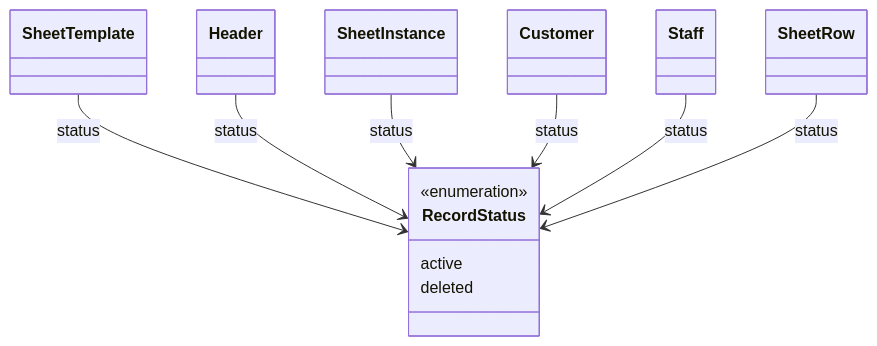
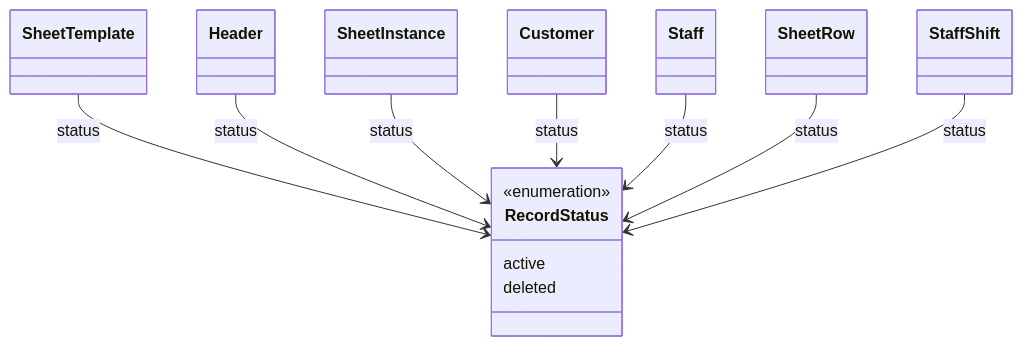
One commit to MinamiyamaKotaro/m3_pad changed the diagram in docs/design/lib/src/features/voucher/domain/entities/enums/record_status.md. Above: the diagram before and after it, drawn with Mermaid. The commit also changed other lines of this file and 35 other files, not shown here.

First line of the commit message:
Reflect payment method, staff shift, and daily summary specs into design docs

````diff
--- a/docs/design/lib/src/features/voucher/domain/entities/enums/record_status.md
+++ b/docs/design/lib/src/features/voucher/domain/entities/enums/record_status.md
@@ -15,14 +16,15 @@
 ```mermaid
 classDiagram
     class RecordStatus {
         <<enumeration>>
         active
         deleted
     }
     SheetTemplate --> RecordStatus : status
     Header --> RecordStatus : status
     SheetInstance --> RecordStatus : status
     Customer --> RecordStatus : status
     Staff --> RecordStatus : status
     SheetRow --> RecordStatus : status
+    StaffShift --> RecordStatus : status
 ```
````
